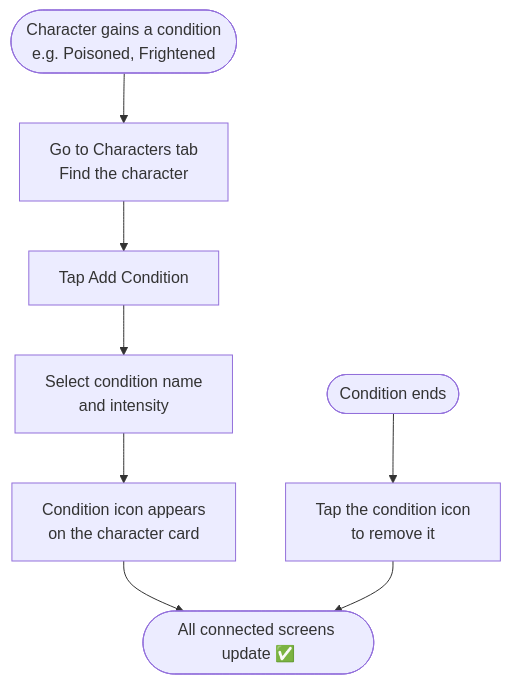
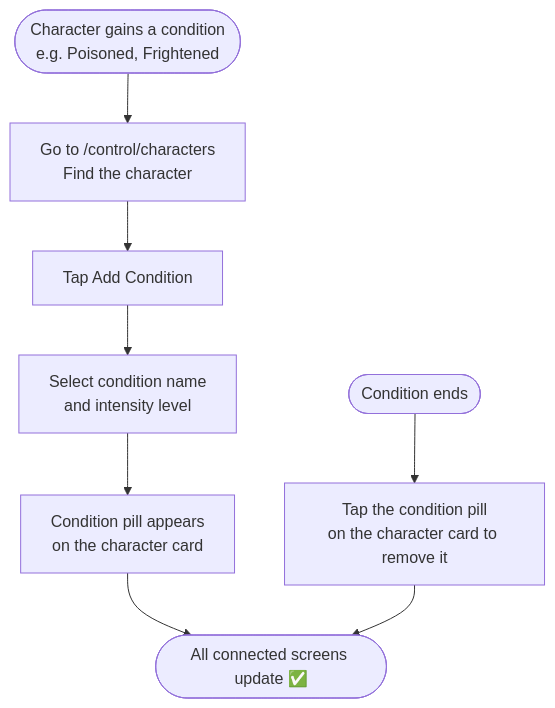
One commit to s0lci700/OVERLAYS changed the seventh of 9 diagrams in demo-pitch-docs/workflow-users.md. Above: the diagram before and after it, drawn with Mermaid. The commit also changed other lines of this file and 2 other files, not shown here.

Commit message:
Expand demo-pitch-docs: full control panel, character creation/management, and player dashboard workflows

````diff
--- a/demo-pitch-docs/workflow-users.md
+++ b/demo-pitch-docs/workflow-users.md
@@ -83,11 +180,11 @@
 ```mermaid
 flowchart TD
-    A([Character gains a condition\ne.g. Poisoned, Frightened]) --> B[Go to Characters tab\nFind the character]
+    A([Character gains a condition\ne.g. Poisoned, Frightened]) --> B[Go to /control/characters\nFind the character]
     B --> C[Tap Add Condition]
-    C --> D[Select condition name\nand intensity]
-    D --> E[Condition icon appears\non the character card]
+    C --> D[Select condition name\nand intensity level]
+    D --> E[Condition pill appears\non the character card]
     E --> F([All connected screens update ✅])
 
-    G([Condition ends]) --> H[Tap the condition icon\nto remove it]
+    G([Condition ends]) --> H[Tap the condition pill\non the character card to remove it]
     H --> F
 ```
````
